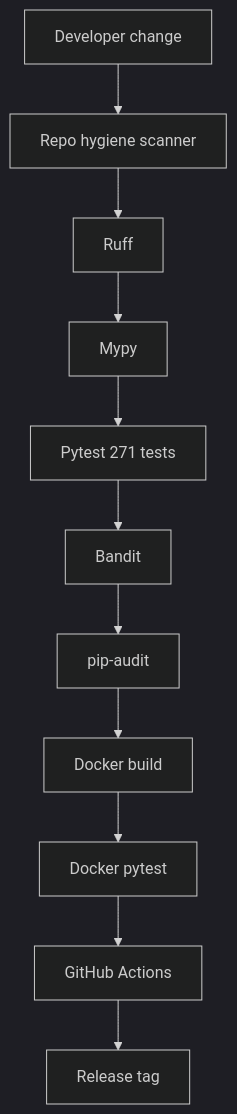
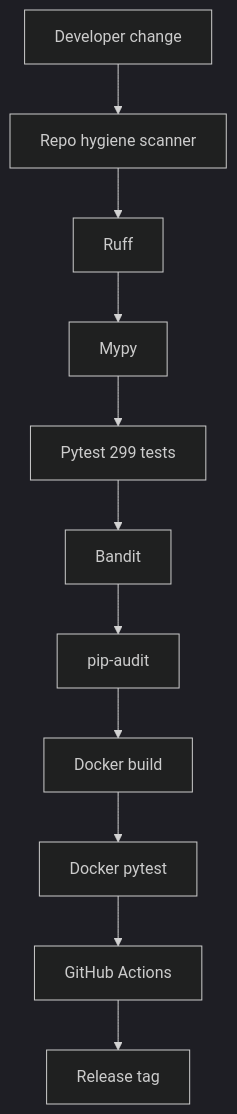
The fourth of 5 diagrams in docs/architecture.md (codethor0/llm-agent-control-plane-lab), drawn with Mermaid (dark theme) before and after one commit. The commit also changed 8 other files, not shown here.

````diff
--- a/docs/architecture.md
+++ b/docs/architecture.md
@@ -119,16 +119,16 @@
 ```mermaid
 flowchart TD
   ch[Developer change]
   rh[Repo hygiene scanner]
   rf[Ruff]
   my[Mypy]
-  py[Pytest 271 tests]
+  py[Pytest 299 tests]
   bd[Bandit]
   pa[pip-audit]
   dk[Docker build]
   dt[Docker pytest]
   ga[GitHub Actions]
   rel[Release tag]
 
   ch --> rh --> rf --> my --> py --> bd --> pa --> dk --> dt --> ga --> rel
 ```
````
